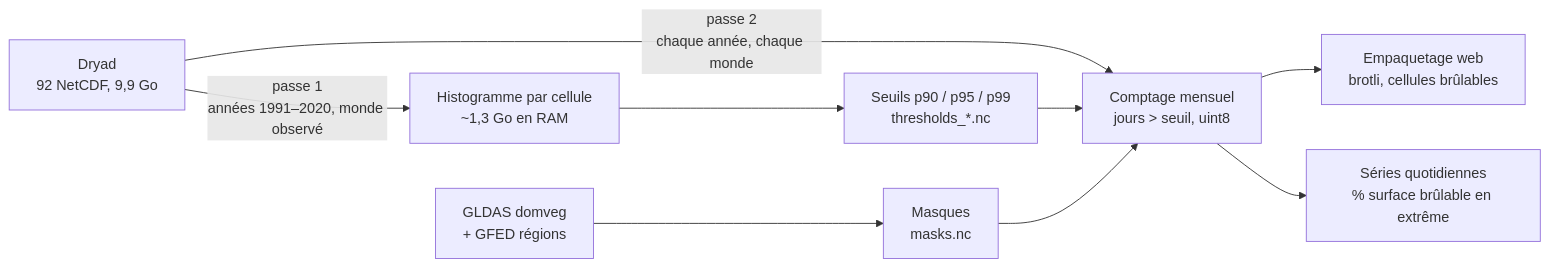
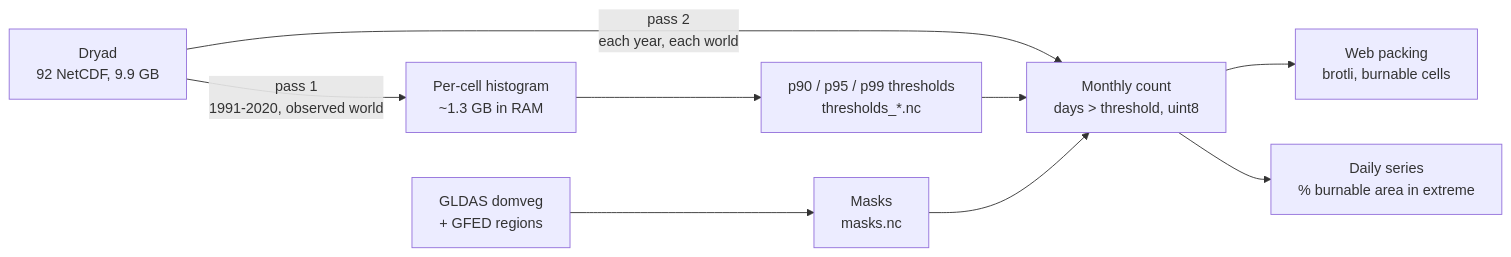
The diagram in docs/00-overview.md (Resadan-dev/earth-burns), drawn with Mermaid before and after one commit. The commit also changed other lines of this file and 8 other files, not shown here.

````diff
--- a/docs/00-overview.md
+++ b/docs/00-overview.md
@@ -29,11 +28,11 @@
 ```mermaid
 flowchart LR
-  A[Dryad<br/>92 NetCDF, 9,9 Go] -->|passe 1<br/>années 1991–2020, monde observé| H[Histogramme par cellule<br/>~1,3 Go en RAM]
-  H --> T[Seuils p90 / p95 / p99<br/>thresholds_*.nc]
-  G[GLDAS domveg<br/>+ GFED régions] --> M[Masques<br/>masks.nc]
-  A -->|passe 2<br/>chaque année, chaque monde| C[Comptage mensuel<br/>jours > seuil, uint8]
+  A[Dryad<br/>92 NetCDF, 9.9 GB] -->|pass 1<br/>1991-2020, observed world| H[Per-cell histogram<br/>~1.3 GB in RAM]
+  H --> T[p90 / p95 / p99 thresholds<br/>thresholds_*.nc]
+  G[GLDAS domveg<br/>+ GFED regions] --> M[Masks<br/>masks.nc]
+  A -->|pass 2<br/>each year, each world| C[Monthly count<br/>days > threshold, uint8]
   T --> C
   M --> C
-  C --> P[Empaquetage web<br/>brotli, cellules brûlables]
-  C --> E[Séries quotidiennes<br/>% surface brûlable en extrême]
+  C --> P[Web packing<br/>brotli, burnable cells]
+  C --> E[Daily series<br/>% burnable area in extreme]
 ```
````
